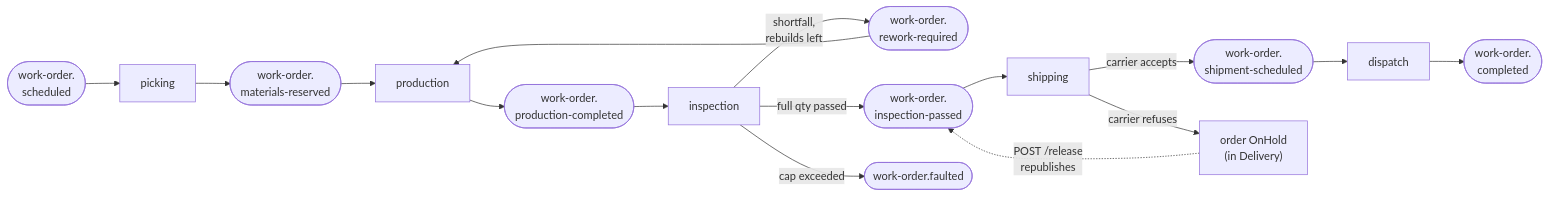
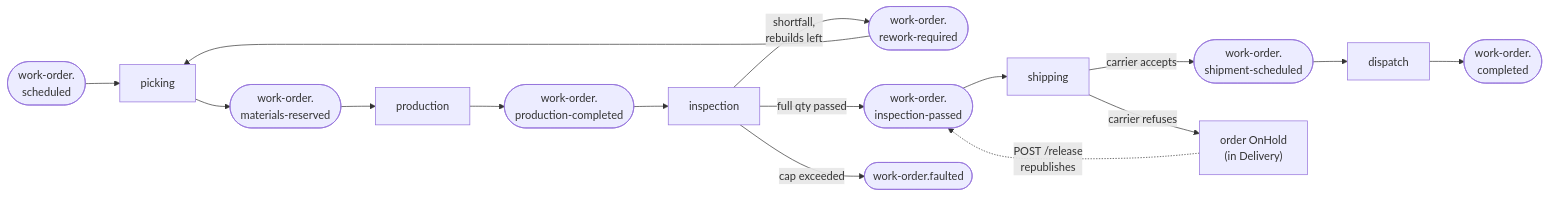
One commit to hmcenhill/ArtificeWorks changed the second of 7 diagrams in docs/messaging-topology.md. Above: the diagram before and after it, drawn with Mermaid. The commit also changed other lines of this file and 27 other files, not shown here.

````diff
--- a/docs/messaging-topology.md
+++ b/docs/messaging-topology.md
@@ -54,18 +54,18 @@
 ```mermaid
 flowchart LR
     sched(["work-order.<br/>scheduled"]) --> pick["picking"]
     pick --> mr(["work-order.<br/>materials-reserved"])
     mr --> prod["production"]
-    rr(["work-order.<br/>rework-required"]) --> prod
+    rr(["work-order.<br/>rework-required"]) --> pick
     prod --> pc(["work-order.<br/>production-completed"])
     pc --> insp["inspection"]
     insp -->|"shortfall,<br/>rebuilds left"| rr
     insp -->|"full qty passed"| ip(["work-order.<br/>inspection-passed"])
     insp -->|"cap exceeded"| f(["work-order.faulted"])
     ip --> ship["shipping"]
     ship -->|"carrier accepts"| ss(["work-order.<br/>shipment-scheduled"])
     ship -->|"carrier refuses"| hold["order OnHold<br/>(in Delivery)"]
     hold -.->|"POST /release<br/>republishes"| ip
     ss --> disp["dispatch"]
     disp --> done(["work-order.<br/>completed"])
 ```
````
